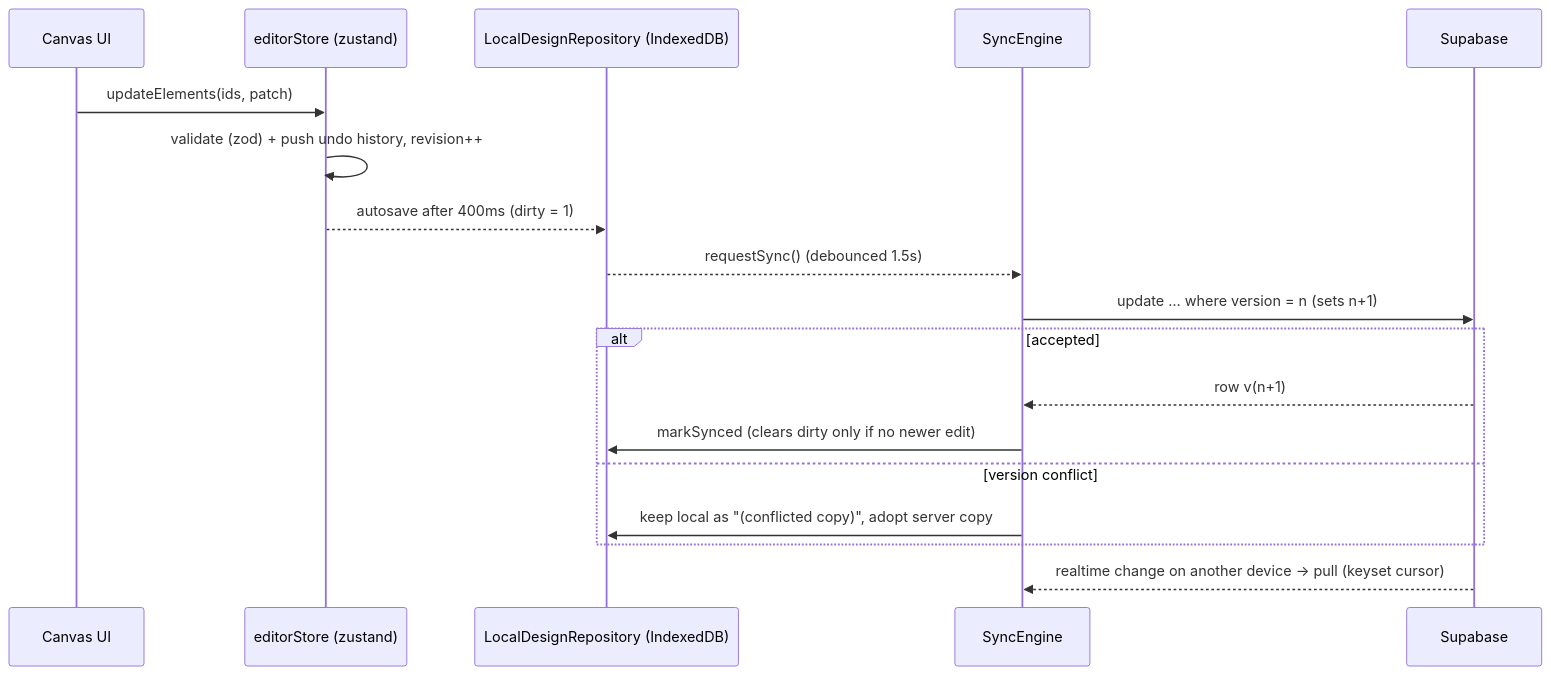
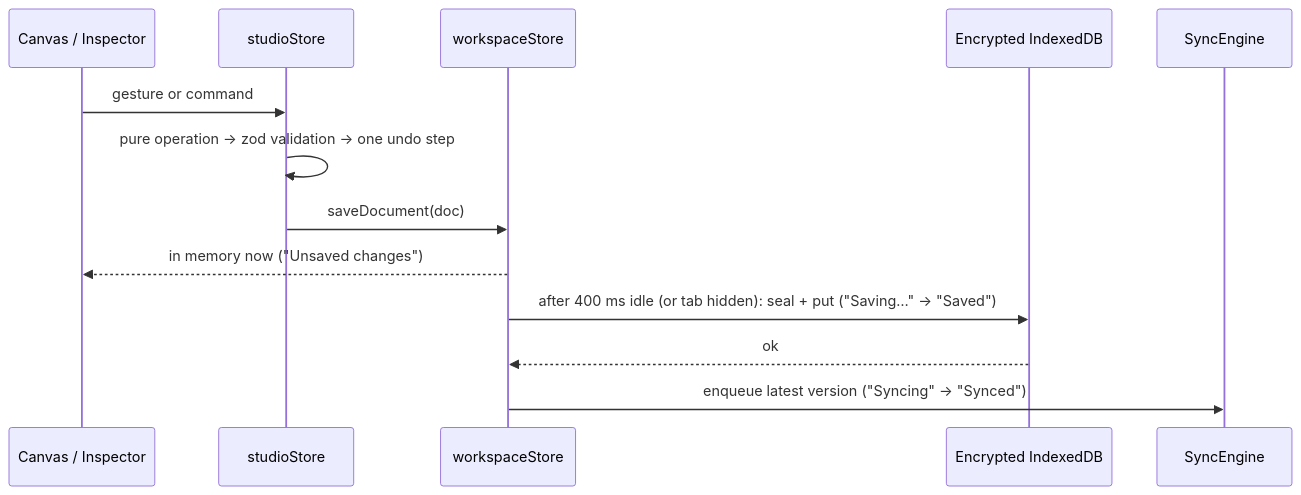
Before and after one commit to Jermayy/Canva-Studio: the second of 2 diagrams in docs/architecture.md, drawn with Mermaid. The commit also changed other lines of this file and 6 other files, not shown here.

First line of the commit message:
docs: document v2 architecture, decisions and go-live steps

````diff
--- a/docs/architecture.md
+++ b/docs/architecture.md
@@ -38,20 +58,15 @@
 ```mermaid
 sequenceDiagram
-  participant UI as Canvas UI
-  participant Store as editorStore (zustand)
-  participant Local as LocalDesignRepository (IndexedDB)
+  participant Canvas as Canvas / Inspector
+  participant Studio as studioStore
+  participant WS as workspaceStore
+  participant DB as Encrypted IndexedDB
   participant Sync as SyncEngine
-  participant Cloud as Supabase
-  UI->>Store: updateElements(ids, patch)
-  Store->>Store: validate (zod) + push undo history, revision++
-  Store-->>Local: autosave after 400ms (dirty = 1)
-  Local-->>Sync: requestSync() (debounced 1.5s)
-  Sync->>Cloud: update … where version = n (sets n+1)
-  alt accepted
-    Cloud-->>Sync: row v(n+1)
-    Sync->>Local: markSynced (clears dirty only if no newer edit)
-  else version conflict
-    Sync->>Local: keep local as "(conflicted copy)", adopt server copy
-  end
-  Cloud-->>Sync: realtime change on another device → pull (keyset cursor)
+  Canvas->>Studio: gesture or command
+  Studio->>Studio: pure operation → zod validation → one undo step
+  Studio->>WS: saveDocument(doc)
+  WS-->>Canvas: in memory now ("Unsaved changes")
+  WS->>DB: after 400 ms idle (or tab hidden): seal + put ("Saving…" → "Saved")
+  DB-->>WS: ok
+  WS->>Sync: enqueue latest version ("Syncing" → "Synced")
 ```
````
